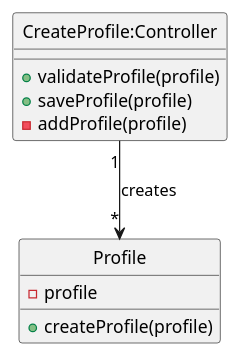
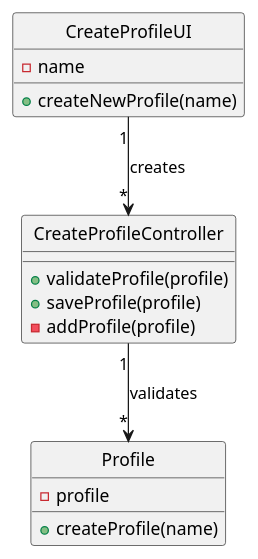
Before and after one commit to Loracline/project_switch_22-23: the diagram in docs/modelling_design/user_stories/us001/US001_Class_Diagram.puml, drawn with PlantUML.

Commit message:
US001: Design: Refinement of class diagram for US001.

```diff
--- a/docs/modelling_design/user_stories/us001/US001_Class_Diagram.puml
+++ b/docs/modelling_design/user_stories/us001/US001_Class_Diagram.puml
@@ -1,20 +1,25 @@
 @startuml
 'https://plantuml.com/class-diagram
 
-class Profile{
+class "Profile"{
 -profile
-+createProfile(profile)
++createProfile(name)
 }
-class "CreateProfile:Controller" {
+class "CreateProfileController" {
 +validateProfile(profile)
 +saveProfile(profile)
 -addProfile(profile)
 }
+class "CreateProfileUI"{
+-name
++createNewProfile(name)
+}
 
-hide Profile circle
-hide "CreateProfile:Controller" circle
+hide "Profile" circle
+hide "CreateProfileController" circle
+hide "CreateProfileUI" circle
 
-"CreateProfile:Controller" "1" --> "*" Profile: creates
-
+"CreateProfileUI" "1" --> "*" "CreateProfileController": creates
+"CreateProfileController" "1" --> "*" "Profile": validates
 
 @enduml
```
